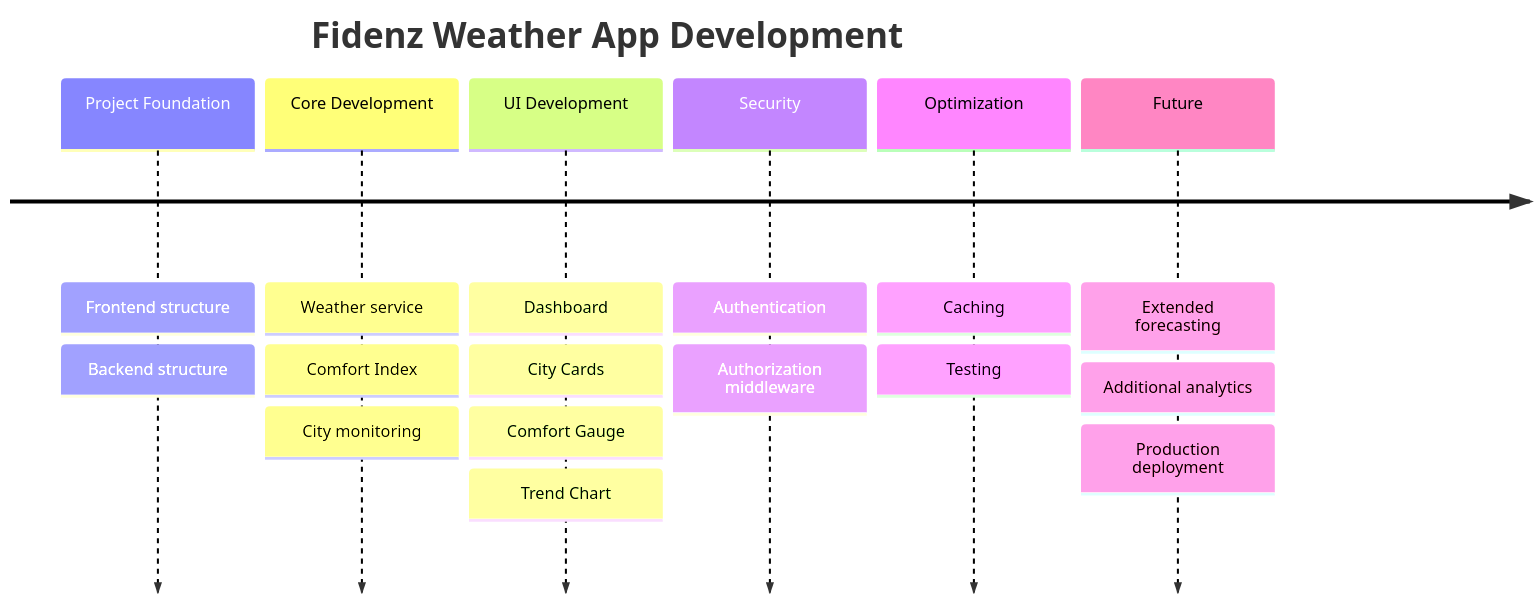
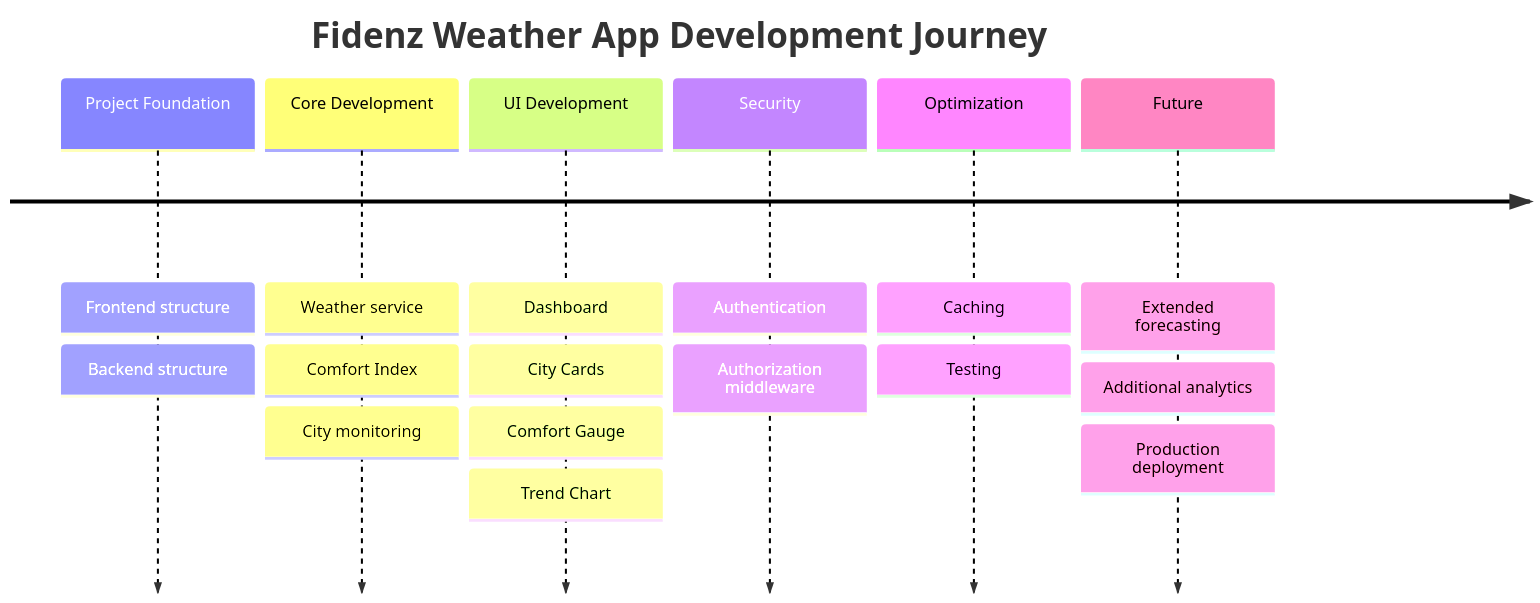
The ninth of 11 diagrams in README.md (Ahamed369/Fidenz-Weather-App), drawn with Mermaid before and after one commit. The commit also changed other lines of this file, not shown here.

````diff
--- a/README.md
+++ b/README.md
@@ -675,20 +890,33 @@
 ```mermaid
 timeline
-    title Fidenz Weather App Development
-    Project Foundation : Frontend structure
-                       : Backend structure
-    Core Development : Weather service
-                     : Comfort Index
-                     : City monitoring
-    UI Development : Dashboard
-                   : City Cards
-                   : Comfort Gauge
-                   : Trend Chart
-    Security : Authentication
-             : Authorization middleware
-    Optimization : Caching
-                 : Testing
-    Future : Extended forecasting
-           : Additional analytics
-           : Production deployment
+
+    title Fidenz Weather App Development Journey
+
+    Project Foundation
+        : Frontend structure
+        : Backend structure
+
+    Core Development
+        : Weather service
+        : Comfort Index
+        : City monitoring
+
+    UI Development
+        : Dashboard
+        : City Cards
+        : Comfort Gauge
+        : Trend Chart
+
+    Security
+        : Authentication
+        : Authorization middleware
+
+    Optimization
+        : Caching
+        : Testing
+
+    Future
+        : Extended forecasting
+        : Additional analytics
+        : Production deployment
 ```
````
